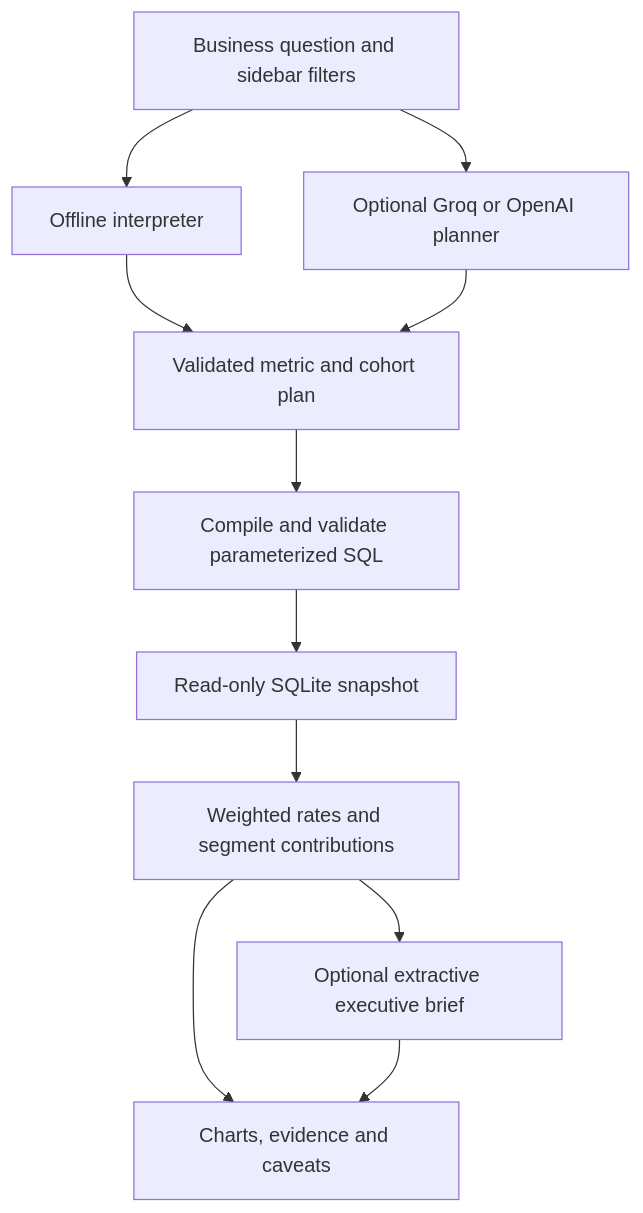
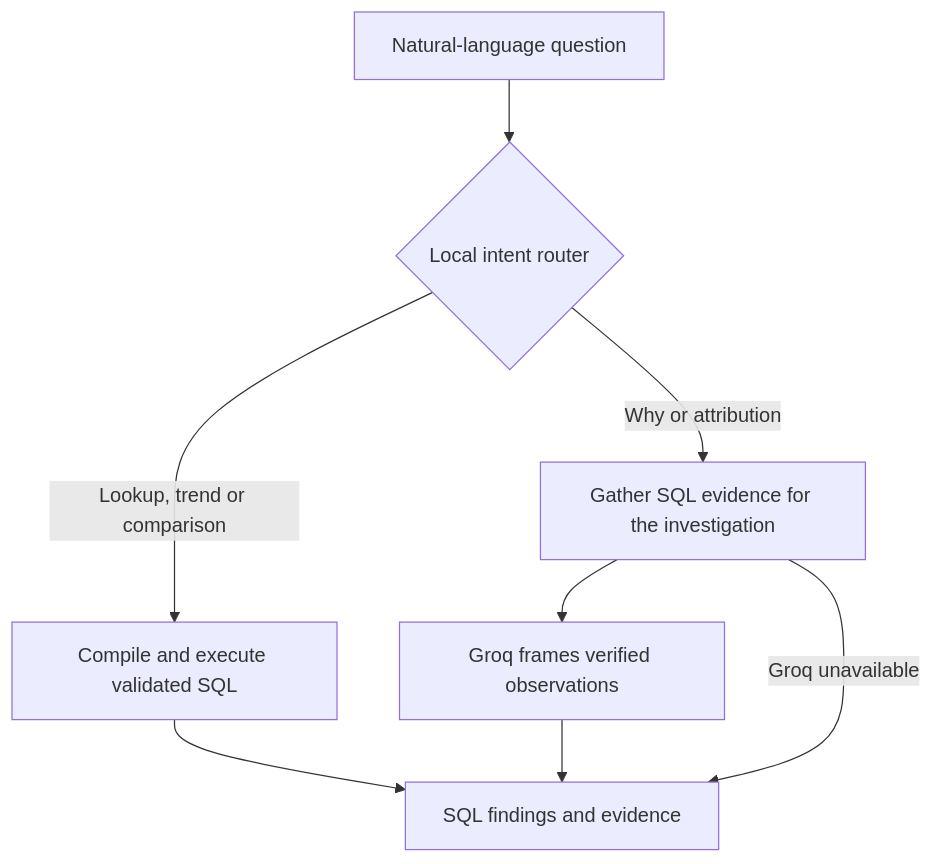
The diagram in README.md (subhamghoshkgp/paysight-ai-enterprise-analyst), drawn with Mermaid before and after one commit. The commit also changed other lines of this file and 9 other files, not shown here.

Commit message:
Route lookups to SQL and explanations to Groq over one year of payments

````diff
--- a/README.md
+++ b/README.md
@@ -44,13 +44,10 @@
 ```mermaid
 flowchart TD
-    Q["Business question and sidebar filters"] --> O["Offline interpreter"]
-    Q --> M["Optional Groq or OpenAI planner"]
-    O --> P["Validated metric and cohort plan"]
-    M --> P
-    P --> S["Compile and validate parameterized SQL"]
-    S --> D["Read-only SQLite snapshot"]
-    D --> A["Weighted rates and segment contributions"]
-    A --> V["Charts, evidence and caveats"]
-    A --> E["Optional extractive executive brief"]
-    E --> V
+    Q["Natural-language question"] --> R{"Local intent router"}
+    R -->|Lookup, trend or comparison| S["Compile and execute validated SQL"]
+    R -->|Why or attribution| I["Gather SQL evidence for the investigation"]
+    I --> G["Groq frames verified observations"]
+    I -->|Groq unavailable| V["SQL findings and evidence"]
+    S --> V
+    G --> V
 ```
````
